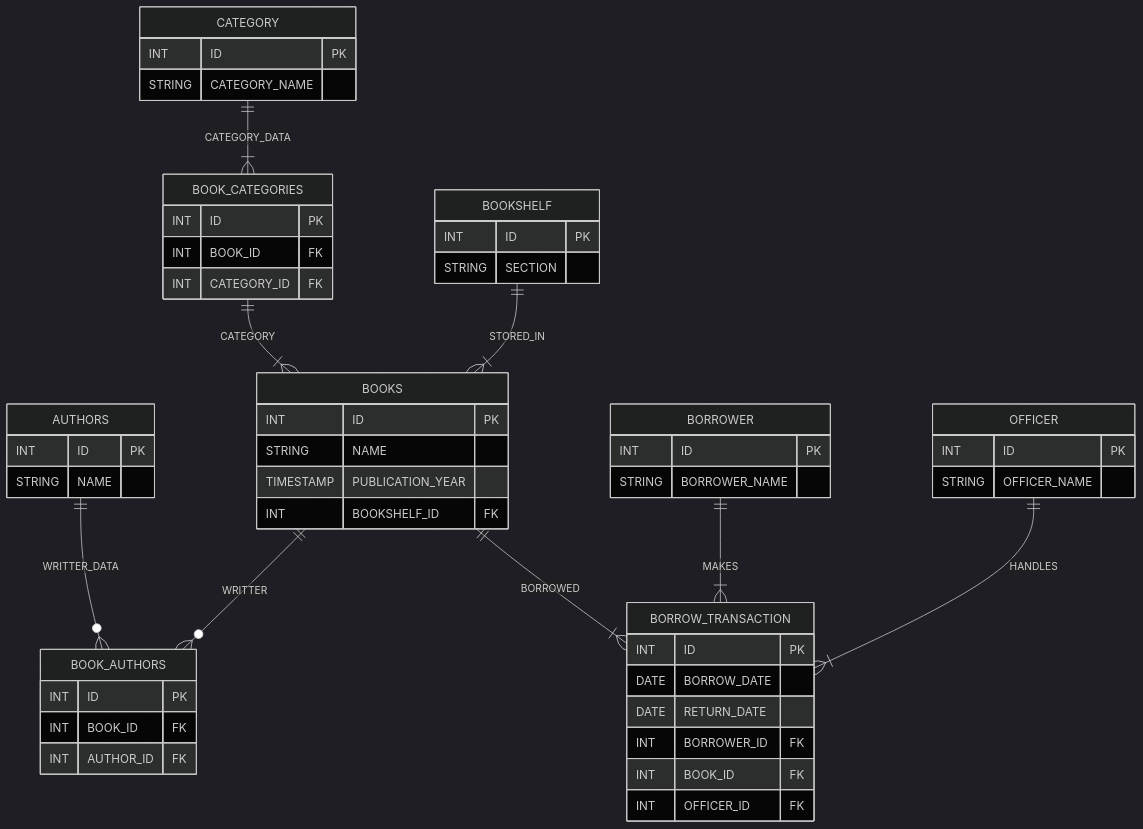
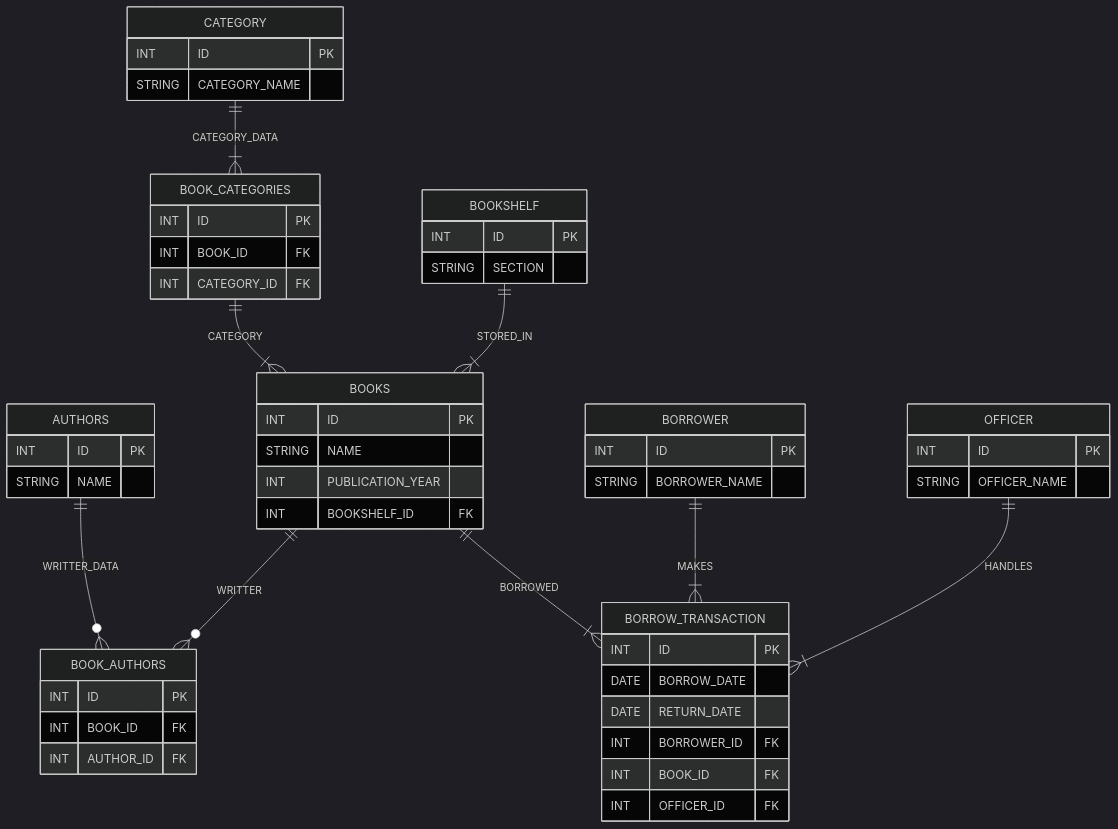
One commit to VirgilIw/koda-b6-db1 changed the diagram in README.md. Above: the diagram before and after it, drawn with Mermaid (dark theme).

Commit message:
Change PUBLICATION_YEAR type from TIMESTAMP to INT

````diff
--- a/README.md
+++ b/README.md
@@ -3,67 +3,67 @@
 ```mermaid
 erDiagram
 
 BOOKS {
     INT ID PK
     STRING NAME
-    TIMESTAMP PUBLICATION_YEAR
+    INT PUBLICATION_YEAR
     INT BOOKSHELF_ID FK
 }
 
 BOOK_AUTHORS {
     INT ID PK
     INT BOOK_ID FK
     INT AUTHOR_ID FK 
 }
 
 AUTHORS {
     INT ID PK
     STRING NAME
 }
 
 BOOK_CATEGORIES {
     INT ID PK
     INT BOOK_ID FK
     INT CATEGORY_ID FK
 }
 
 CATEGORY {
     INT ID PK
     STRING CATEGORY_NAME
 }
 
 BOOKSHELF{
     INT ID PK
     STRING SECTION
 }
 
 OFFICER {
     INT ID PK
     STRING OFFICER_NAME
 }
 
 BORROWER {
     INT ID PK
     STRING BORROWER_NAME
 }
 
 BORROW_TRANSACTION {
     INT ID PK
     DATE BORROW_DATE
     DATE RETURN_DATE
     INT BORROWER_ID FK
     INT BOOK_ID FK
     INT OFFICER_ID FK
 }
 
 CATEGORY ||--|{ BOOK_CATEGORIES : CATEGORY_DATA
 BOOK_CATEGORIES ||--|{ BOOKS : CATEGORY
 BOOKSHELF ||--|{ BOOKS : STORED_IN
 BOOKS ||--|{ BORROW_TRANSACTION : BORROWED
 AUTHORS ||--o{ BOOK_AUTHORS : WRITTER_DATA
 BOOKS ||--o{ BOOK_AUTHORS : WRITTER
 BORROWER ||--|{ BORROW_TRANSACTION : MAKES
 OFFICER ||--|{ BORROW_TRANSACTION : HANDLES
 
 
 ```
````
